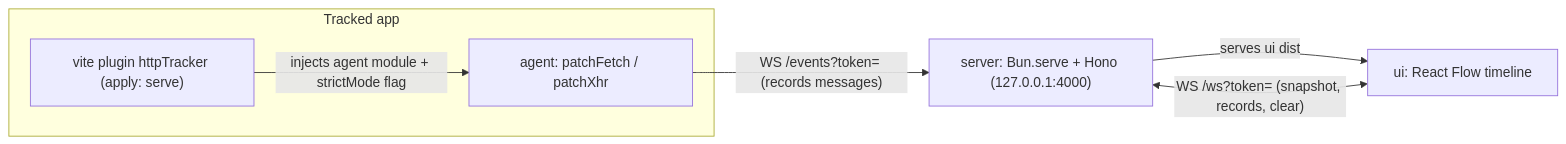
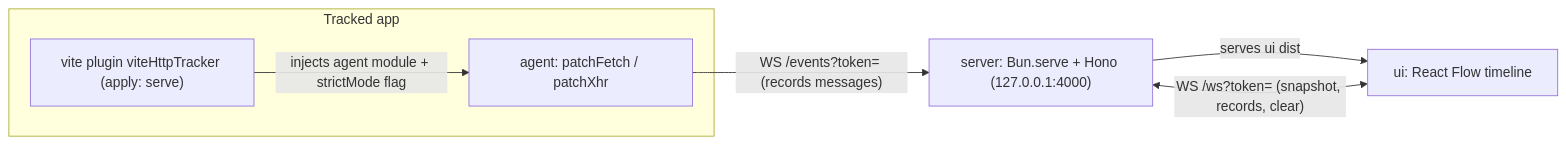
One commit to Lukasdias/vite-http-tracker changed the diagram in AGENTS.md. Above: the diagram before and after it, drawn with Mermaid. The commit also changed other lines of this file and 35 other files, not shown here.

First line of the commit message:
refactor: rename project to vite-http-tracker

````diff
--- a/AGENTS.md
+++ b/AGENTS.md
@@ -44,13 +44,13 @@
 ```mermaid
 flowchart LR
   subgraph App["Tracked app"]
-    P["vite plugin httpTracker (apply: serve)"]
+    P["vite plugin viteHttpTracker (apply: serve)"]
     A["agent: patchFetch / patchXhr"]
   end
   S["server: Bun.serve + Hono (127.0.0.1:4000)"]
   U["ui: React Flow timeline"]
   A -- "WS /events?token= (records messages)" --> S
   P -- injects agent module + strictMode flag --> A
   U -- "WS /ws?token= (snapshot, records, clear)" <--> S
   S -- serves ui dist --> U
 ```
````
